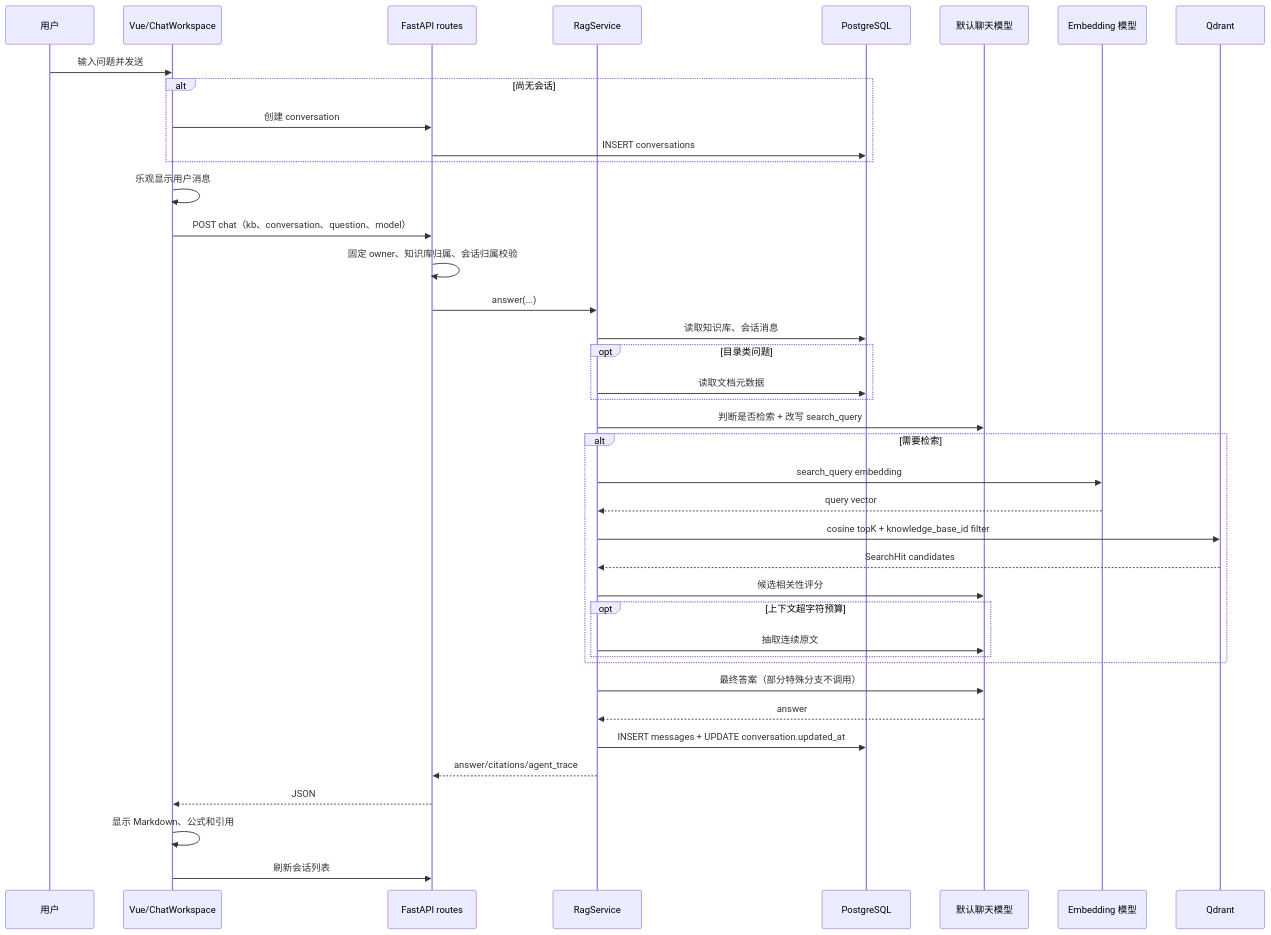
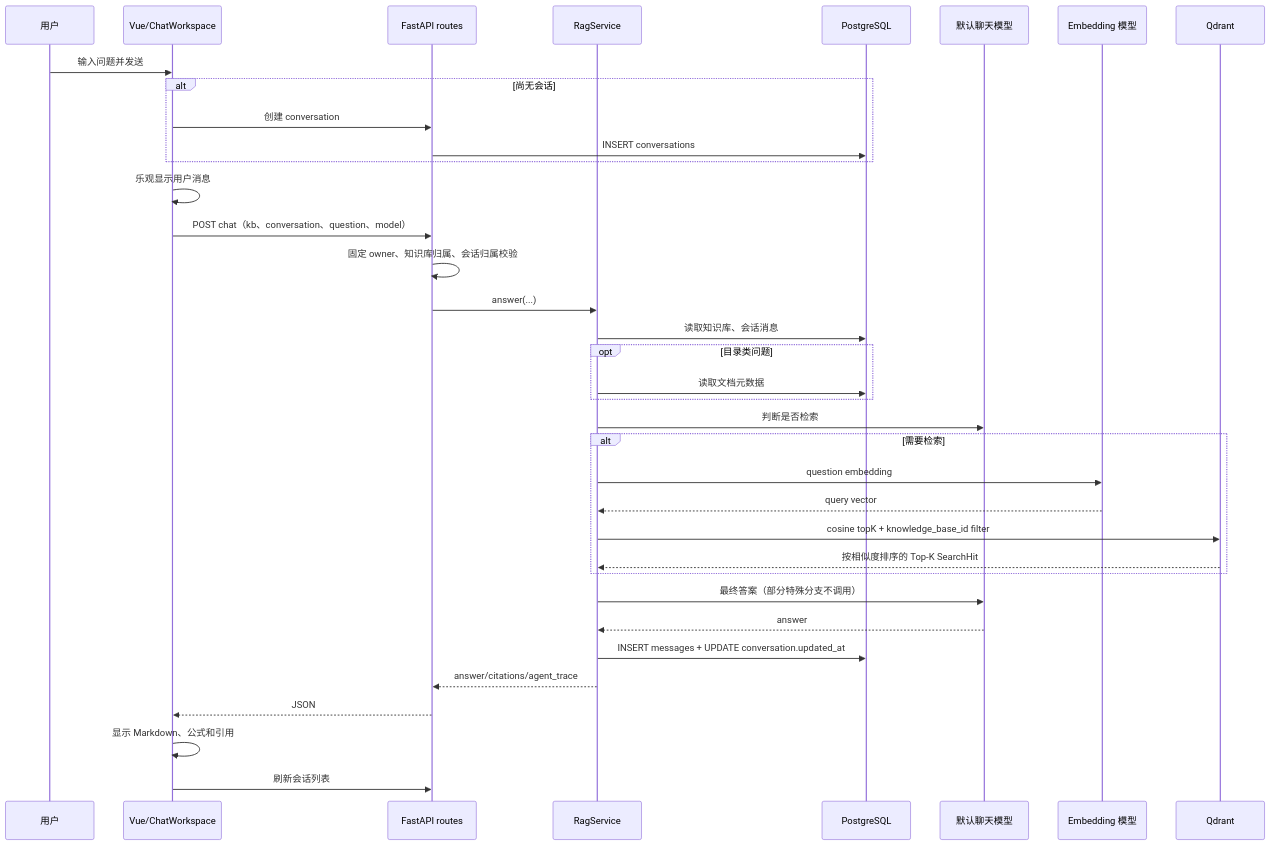
The third of 3 diagrams in docs/project-runtime-code-analysis.md (zhixiabei/RAG-), drawn with Mermaid before and after one commit. The commit also changed other lines of this file and 27 other files, not shown here.

````diff
--- a/docs/project-runtime-code-analysis.md
+++ b/docs/project-runtime-code-analysis.md
@@ -206,43 +179,39 @@
 ```mermaid
 sequenceDiagram
     participant U as 用户
     participant V as Vue/ChatWorkspace
     participant A as FastAPI routes
     participant R as RagService
     participant P as PostgreSQL
     participant M as 默认聊天模型
     participant E as Embedding 模型
     participant Q as Qdrant
 
     U->>V: 输入问题并发送
     alt 尚无会话
         V->>A: 创建 conversation
         A->>P: INSERT conversations
     end
     V->>V: 乐观显示用户消息
     V->>A: POST chat（kb、conversation、question、model）
     A->>A: 固定 owner、知识库归属、会话归属校验
     A->>R: answer(...)
     R->>P: 读取知识库、会话消息
     opt 目录类问题
         R->>P: 读取文档元数据
     end
-    R->>M: 判断是否检索 + 改写 search_query
+    R->>M: 判断是否检索
     alt 需要检索
-        R->>E: search_query embedding
+        R->>E: question embedding
         E-->>R: query vector
         R->>Q: cosine topK + knowledge_base_id filter
-        Q-->>R: SearchHit candidates
-        R->>M: 候选相关性评分
-        opt 上下文超字符预算
-            R->>M: 抽取连续原文
-        end
+        Q-->>R: 按相似度排序的 Top-K SearchHit
     end
     R->>M: 最终答案（部分特殊分支不调用）
     M-->>R: answer
     R->>P: INSERT messages + UPDATE conversation.updated_at
     R-->>A: answer/citations/agent_trace
     A-->>V: JSON
     V->>V: 显示 Markdown、公式和引用
     V->>A: 刷新会话列表
 ```
````
